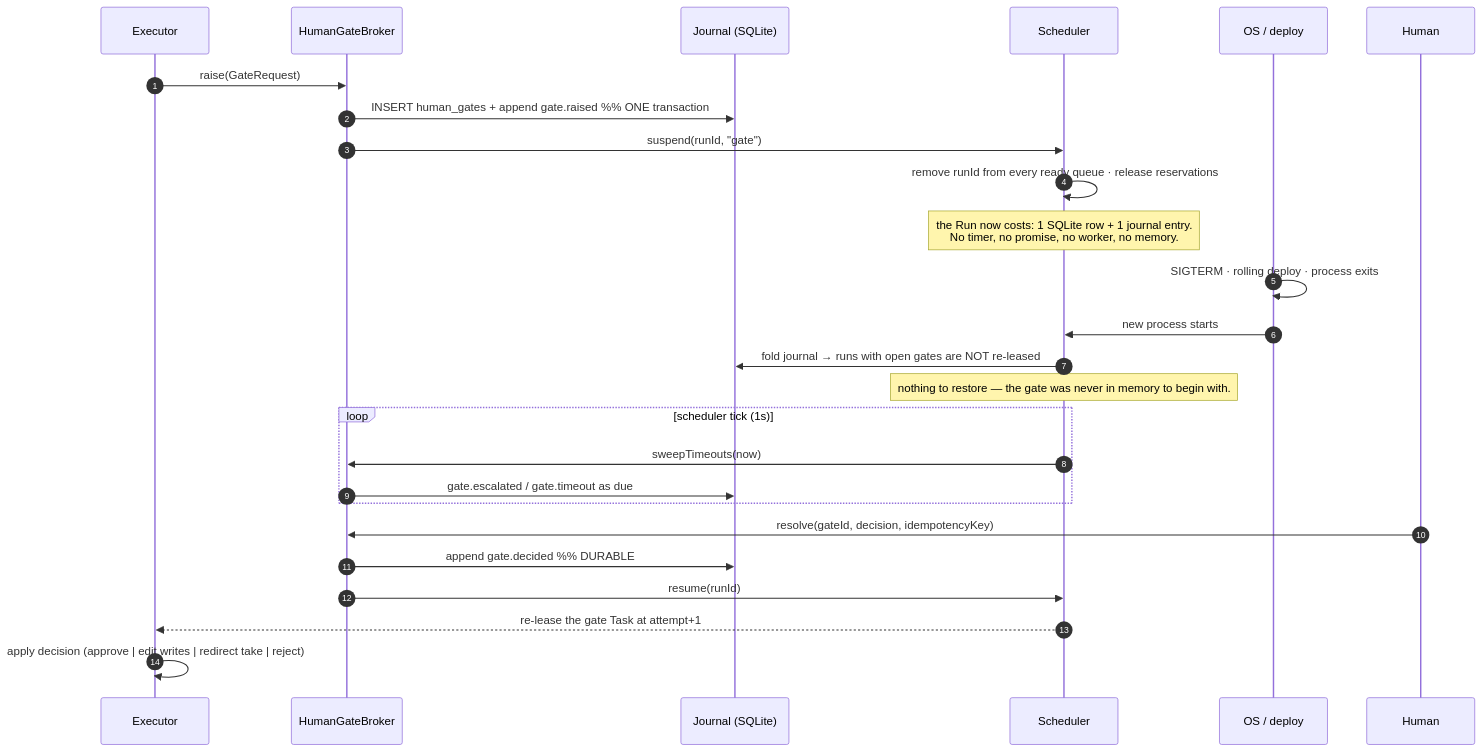
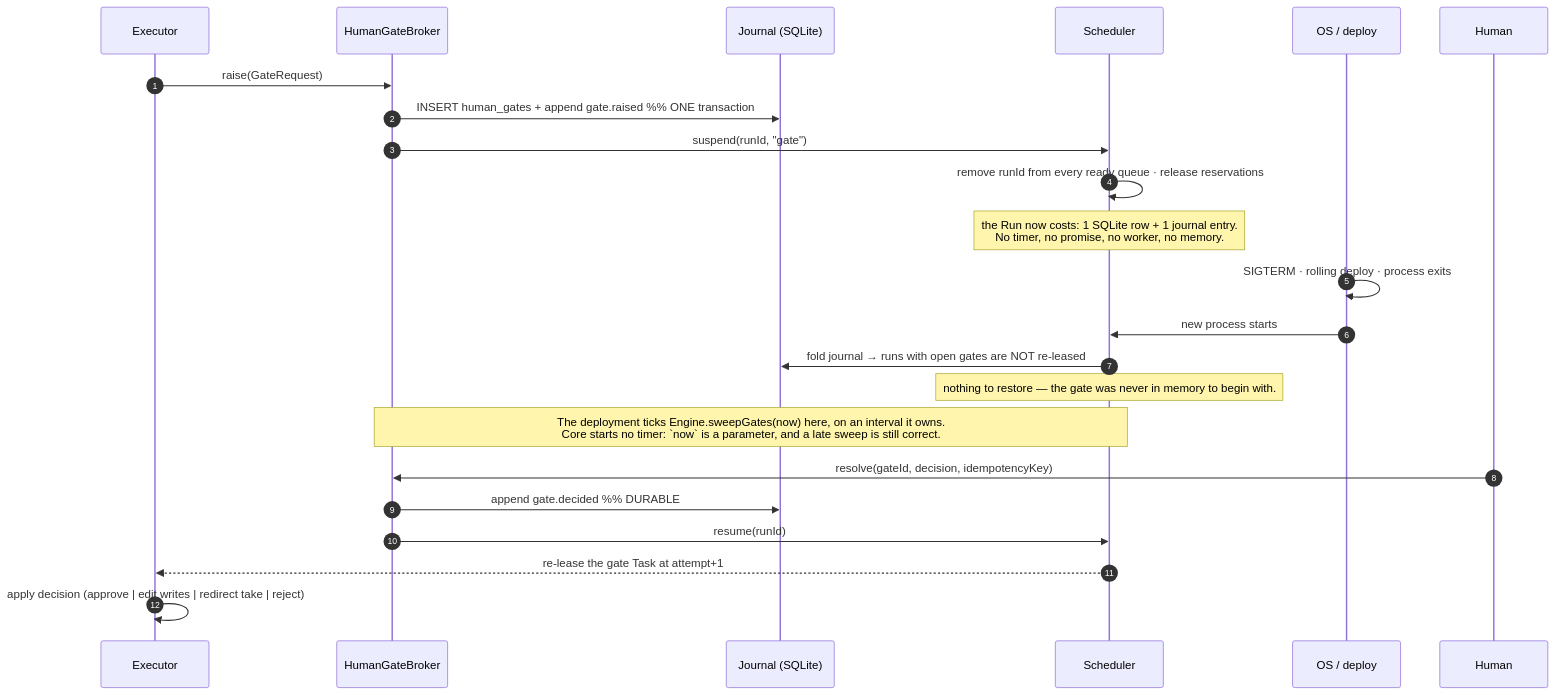
One commit to caohaotiantian/EAgent changed the third of 5 diagrams in design/loom/04-OVERSIGHT.md. Above: the diagram before and after it, drawn with Mermaid. The commit also changed other lines of this file and 58 other files, not shown here.

````diff
--- a/design/loom/04-OVERSIGHT.md
+++ b/design/loom/04-OVERSIGHT.md
@@ -134,32 +309,29 @@
 ```mermaid
 sequenceDiagram
   autonumber
   participant EX as Executor
   participant HB as HumanGateBroker
   participant J as Journal (SQLite)
   participant SC as Scheduler
   participant OS as OS / deploy
 
   EX->>HB: raise(GateRequest)
   HB->>J: INSERT human_gates + append gate.raised    %% ONE transaction
   HB->>SC: suspend(runId, "gate")
   SC->>SC: remove runId from every ready queue · release reservations
   Note over SC: the Run now costs: 1 SQLite row + 1 journal entry.<br/>No timer, no promise, no worker, no memory.
 
   OS->>OS: SIGTERM · rolling deploy · process exits
   OS->>SC: new process starts
   SC->>J: fold journal → runs with open gates are NOT re-leased
   Note over SC: nothing to restore — the gate was never in memory to begin with.
 
-  loop scheduler tick (1s)
-    SC->>HB: sweepTimeouts(now)
-    HB->>J: gate.escalated / gate.timeout as due
-  end
+  Note over SC,HB: The deployment ticks Engine.sweepGates(now) here, on an interval it owns.<br/>Core starts no timer: `now` is a parameter, and a late sweep is still correct.
 
   participant H as Human
   H->>HB: resolve(gateId, decision, idempotencyKey)
   HB->>J: append gate.decided                        %% DURABLE
   HB->>SC: resume(runId)
   SC-->>EX: re-lease the gate Task at attempt+1
   EX->>EX: apply decision (approve | edit writes | redirect take | reject)
 ```
````
